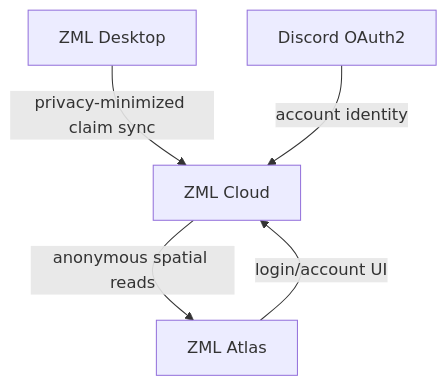
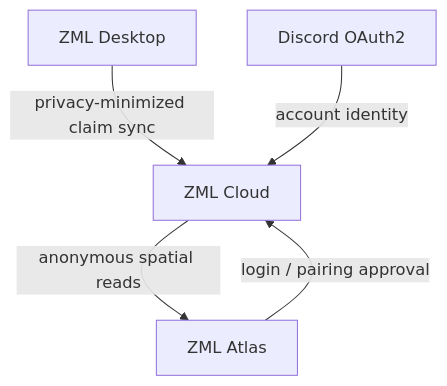
The diagram in README.md (PatrykCieszynski/zml-atlas), drawn with Mermaid before and after one commit. The commit also changed other lines of this file and 21 other files, not shown here.

````diff
--- a/README.md
+++ b/README.md
@@ -30,12 +84,12 @@
 ```mermaid
 flowchart TB
     Desktop[ZML Desktop]
     Cloud[ZML Cloud]
     Atlas[ZML Atlas]
     Discord[Discord OAuth2]
 
     Desktop -->|privacy-minimized claim sync| Cloud
     Cloud -->|anonymous spatial reads| Atlas
     Discord -->|account identity| Cloud
-    Atlas -->|login/account UI| Cloud
+    Atlas -->|login / pairing approval| Cloud
 ```
````
